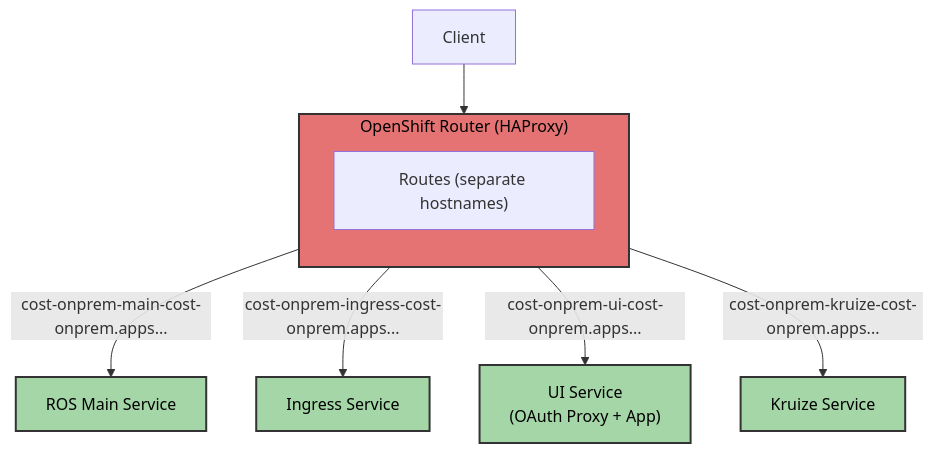
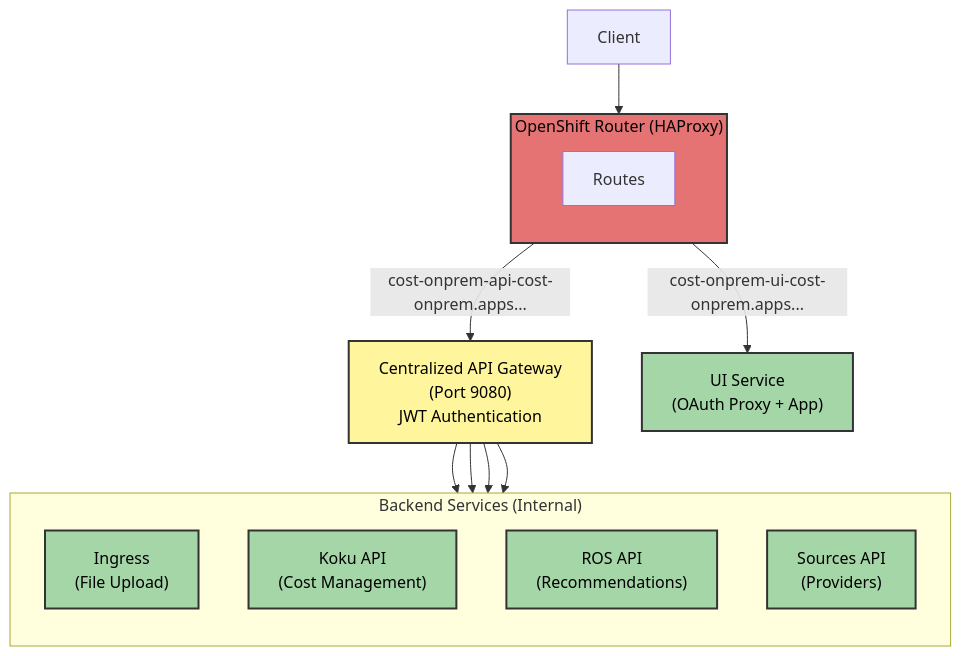
One commit to jordigilh/ros-helm-chart changed the diagram in docs/platform-guide.md. Above: the diagram before and after it, drawn with Mermaid. The commit also changed other lines of this file and 7 other files, not shown here.

````diff
--- a/docs/platform-guide.md
+++ b/docs/platform-guide.md
@@ -29,20 +29,33 @@
 ```mermaid
 graph TB
     Client["Client"] --> Router
 
     subgraph Router["OpenShift Router (HAProxy)"]
         direction TB
-        Routes["Routes (separate hostnames)"]
+        Routes["Routes"]
     end
 
-    Routes -->|"cost-onprem-main-cost-onprem.apps..."| Main["ROS Main Service"]
-    Routes -->|"cost-onprem-ingress-cost-onprem.apps..."| Ingress["Ingress Service"]
+    Routes -->|"cost-onprem-api-cost-onprem.apps..."| Gateway["Centralized API Gateway<br/>(Port 9080)<br/>JWT Authentication"]
     Routes -->|"cost-onprem-ui-cost-onprem.apps..."| UI["UI Service<br/>(OAuth Proxy + App)"]
-    Routes -->|"cost-onprem-kruize-cost-onprem.apps..."| Kruize["Kruize Service"]
+
+    subgraph Backend["Backend Services (Internal)"]
+        direction TB
+        Ingress["Ingress<br/>(File Upload)"]
+        Koku["Koku API<br/>(Cost Management)"]
+        ROS["ROS API<br/>(Recommendations)"]
+        Sources["Sources API<br/>(Providers)"]
+    end
+
+    Gateway --> Ingress
+    Gateway --> Koku
+    Gateway --> ROS
+    Gateway --> Sources
 
     style Router fill:#e57373,stroke:#333,stroke-width:2px,color:#000
-    style Main fill:#a5d6a7,stroke:#333,stroke-width:2px,color:#000
+    style Gateway fill:#fff59d,stroke:#333,stroke-width:2px,color:#000
+    style UI fill:#a5d6a7,stroke:#333,stroke-width:2px,color:#000
     style Ingress fill:#a5d6a7,stroke:#333,stroke-width:2px,color:#000
-    style UI fill:#a5d6a7,stroke:#333,stroke-width:2px,color:#000
-    style Kruize fill:#a5d6a7,stroke:#333,stroke-width:2px,color:#000
+    style Koku fill:#a5d6a7,stroke:#333,stroke-width:2px,color:#000
+    style ROS fill:#a5d6a7,stroke:#333,stroke-width:2px,color:#000
+    style Sources fill:#a5d6a7,stroke:#333,stroke-width:2px,color:#000
 ```
````
